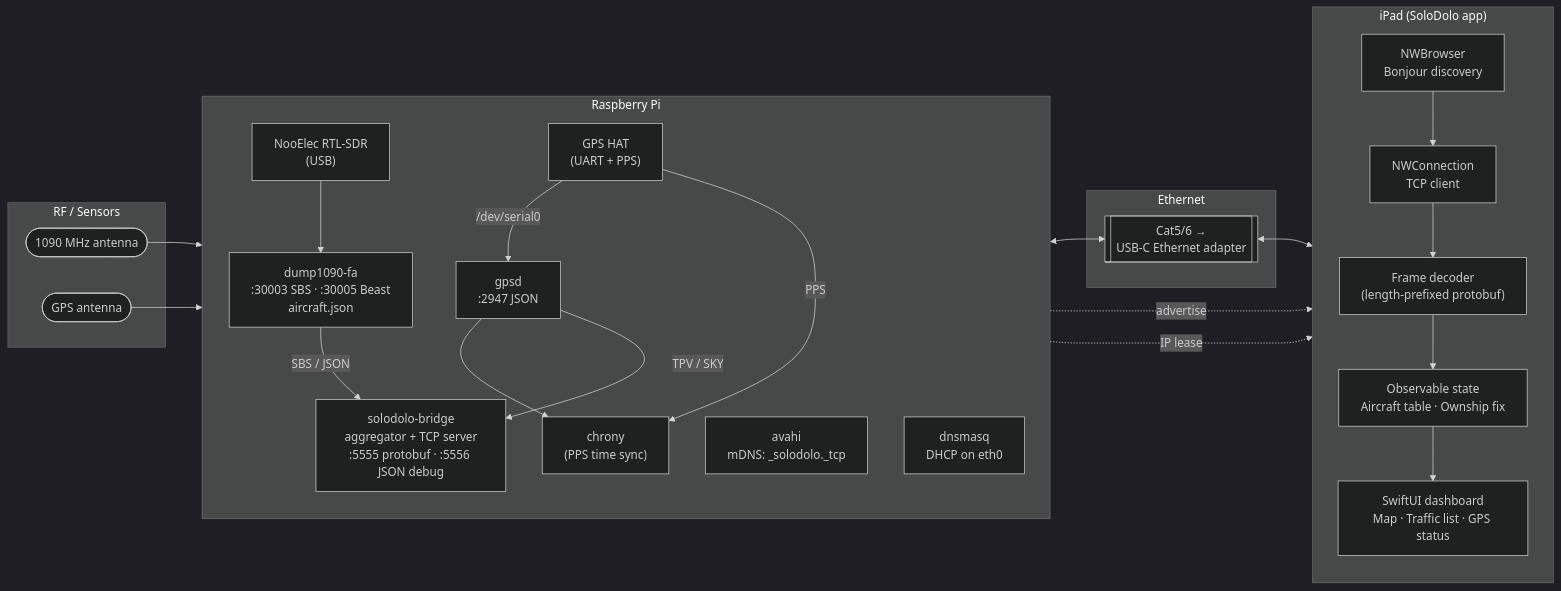
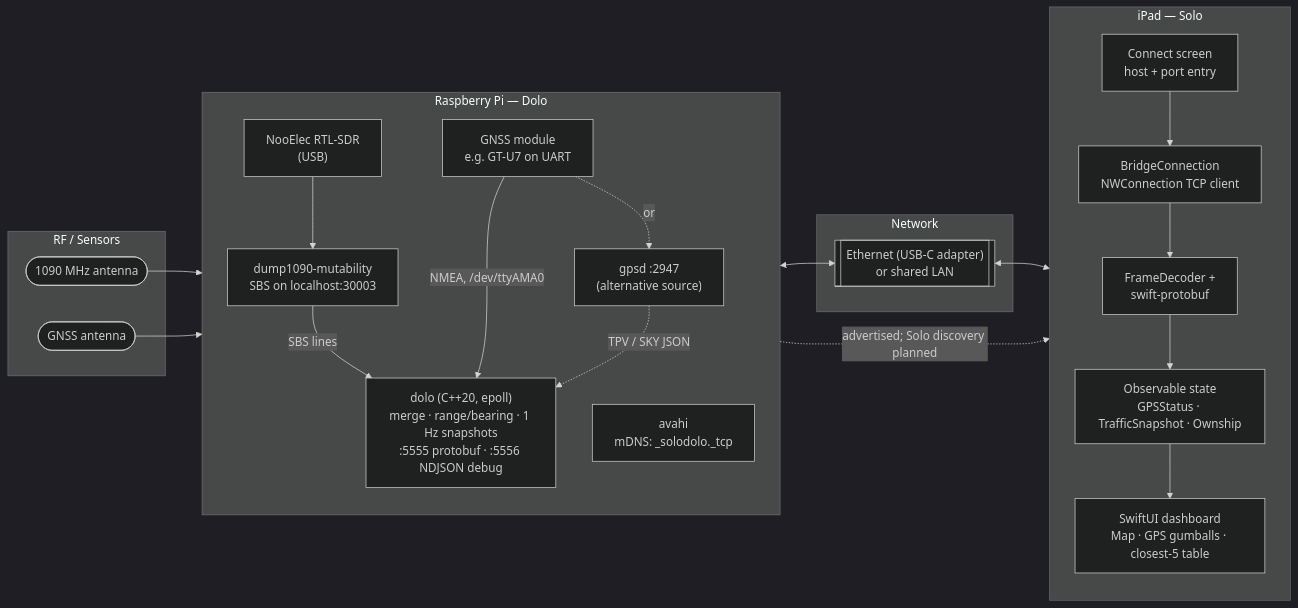
The first of 3 diagrams in docs/architecture.md (hevansa98/SoloDolo), drawn with Mermaid (dark theme) before and after one commit. The commit also changed other lines of this file and 3 other files, not shown here.

````diff
--- a/docs/architecture.md
+++ b/docs/architecture.md
@@ -7,48 +10,44 @@
 ```mermaid
 flowchart LR
     subgraph RF["RF / Sensors"]
         ANT1(["1090 MHz antenna"])
-        ANT2(["GPS antenna"])
+        ANT2(["GNSS antenna"])
     end
 
-    subgraph PI["Raspberry Pi"]
+    subgraph PI["Raspberry Pi — Dolo"]
         direction TB
         SDR["NooElec RTL-SDR<br/>(USB)"]
-        HAT["GPS HAT<br/>(UART + PPS)"]
+        GNSSHW["GNSS module<br/>e.g. GT-U7 on UART"]
 
-        DUMP["dump1090-fa<br/>:30003 SBS · :30005 Beast<br/>aircraft.json"]
-        GPSD["gpsd<br/>:2947 JSON"]
-        CHRONY["chrony<br/>(PPS time sync)"]
+        DUMP["dump1090-mutability<br/>SBS on localhost:30003"]
+        GPSD["gpsd :2947<br/>(alternative source)"]
 
-        BRIDGE["solodolo-bridge<br/>aggregator + TCP server<br/>:5555 protobuf · :5556 JSON debug"]
+        DOLO["dolo (C++20, epoll)<br/>merge · range/bearing · 1 Hz snapshots<br/>:5555 protobuf · :5556 NDJSON debug"]
         AVAHI["avahi<br/>mDNS: _solodolo._tcp"]
-        DHCP["dnsmasq<br/>DHCP on eth0"]
 
         SDR --> DUMP
-        HAT -->|/dev/serial0| GPSD
-        HAT -->|PPS| CHRONY
-        GPSD --> CHRONY
-        DUMP -->|SBS / JSON| BRIDGE
-        GPSD -->|TPV / SKY| BRIDGE
+        DUMP -->|SBS lines| DOLO
+        GNSSHW -->|NMEA, /dev/ttyAMA0| DOLO
+        GNSSHW -.->|or| GPSD
+        GPSD -.->|TPV / SKY JSON| DOLO
     end
 
-    subgraph NET["Ethernet"]
-        ETH[["Cat5/6 →<br/>USB-C Ethernet adapter"]]
+    subgraph NET["Network"]
+        LINK[["Ethernet (USB-C adapter)<br/>or shared LAN"]]
     end
 
-    subgraph IPAD["iPad (SoloDolo app)"]
+    subgraph IPAD["iPad — Solo"]
         direction TB
-        DISC["NWBrowser<br/>Bonjour discovery"]
-        CONN["NWConnection<br/>TCP client"]
-        PARSE["Frame decoder<br/>(length-prefixed protobuf)"]
-        STORE["Observable state<br/>Aircraft table · Ownship fix"]
-        UI["SwiftUI dashboard<br/>Map · Traffic list · GPS status"]
-        DISC --> CONN --> PARSE --> STORE --> UI
+        CONNECT["Connect screen<br/>host + port entry"]
+        CONN["BridgeConnection<br/>NWConnection TCP client"]
+        PARSE["FrameDecoder +<br/>swift-protobuf"]
+        STATE["Observable state<br/>GPSStatus · TrafficSnapshot · Ownship"]
+        UI["SwiftUI dashboard<br/>Map · GPS gumballs · closest-5 table"]
+        CONNECT --> CONN --> PARSE --> STATE --> UI
     end
 
     ANT1 --> SDR
-    ANT2 --> HAT
-    BRIDGE <--> ETH <--> CONN
-    AVAHI -.advertise.-> DISC
-    DHCP -.IP lease.-> CONN
+    ANT2 --> GNSSHW
+    DOLO <--> LINK <--> CONN
+    AVAHI -.->|advertised; Solo discovery planned| CONNECT
 ```
````
